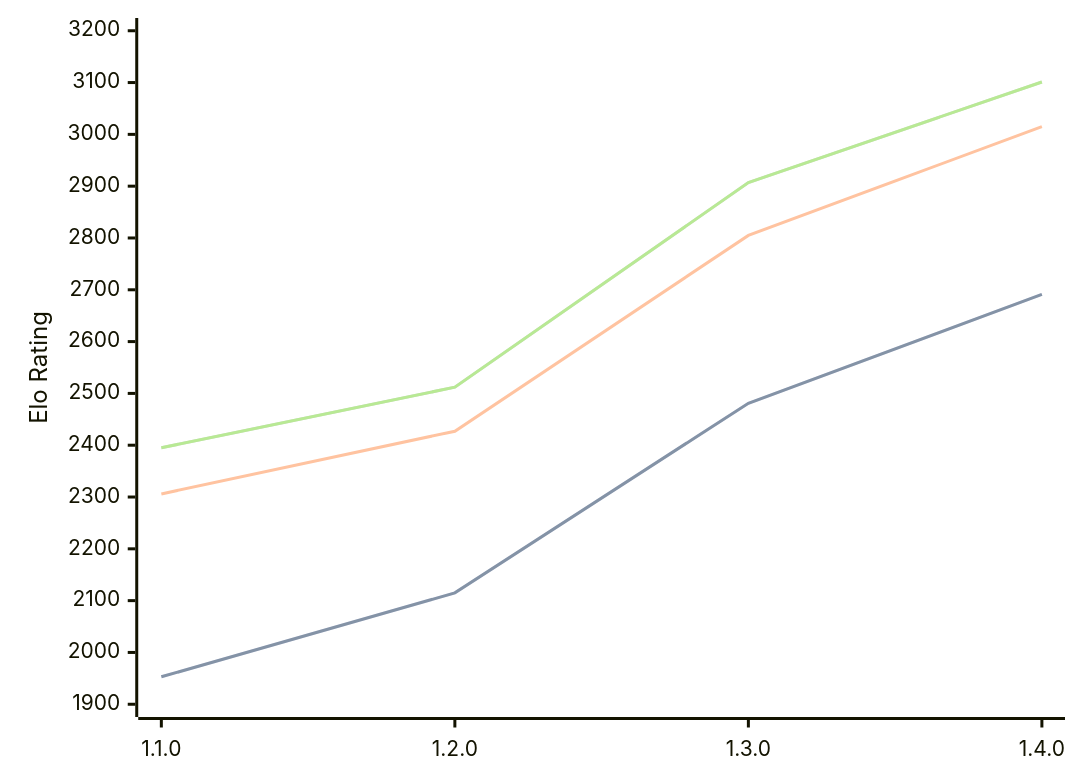
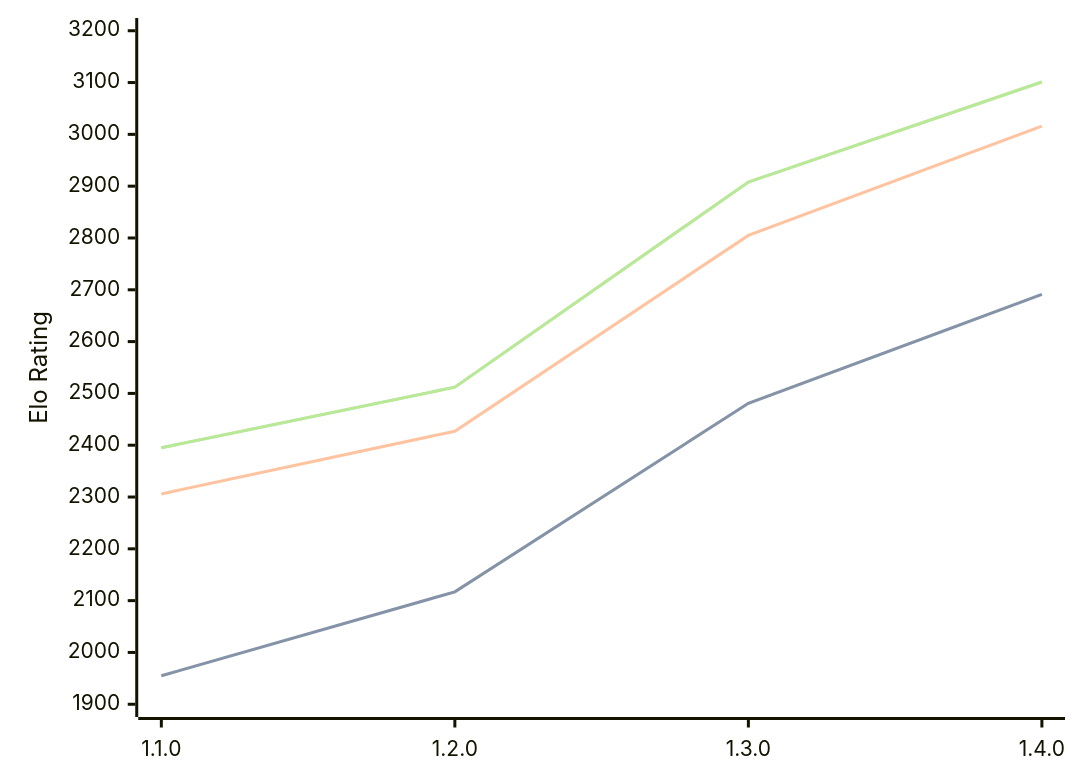
One commit to computer-chess-index/cci changed the third of 3 diagrams in engines/Gyatso.md. Above: the diagram before and after it, drawn with Mermaid. The commit also changed other lines of this file, not shown here.

Commit message:
Update CCI Ratings (ELO VLTC) - 2026-06-22

````diff
--- a/engines/Gyatso.md
+++ b/engines/Gyatso.md
@@ -68,11 +68,11 @@
 ```mermaid
 %%{init: {"theme":"base","themeVariables":{"seriesColors:['#a3a3a3','#222221','#faa371']}}}%%
 xychart-beta
   x-axis ["1.1.0", "1.2.0", "1.3.0", "1.4.0"]
   y-axis "Elo Rating" 1900 --> 3200
-  line "STC (8.0+0.08s)" [1953, 2115, 2481, 2691]
-  line "STC (8.0+0.08s)" [1953, 2115, 2481, 2691]
-  line "LTC (60.0+0.60s)" [2306, 2427, 2805, 3015]
-  line "VLTC (2m24s+1.12s)" [2395, 2512, 2907, 3101]
-  line "VLTC (2m24s+1.12s)" [2395, 2512, 2907, 3101]
+  line "STC (8.0+0.08s)" [1955, 2117, 2481, 2691]
+  line "STC (8.0+0.08s)" [1955, 2117, 2481, 2691]
+  line "LTC (60.0+0.60s)" [2306, 2427, 2805, 3016]
+  line "VLTC (2m24s+1.12s)" [2395, 2512, 2908, 3101]
+  line "VLTC (2m24s+1.12s)" [2395, 2512, 2908, 3101]
 ```
````
